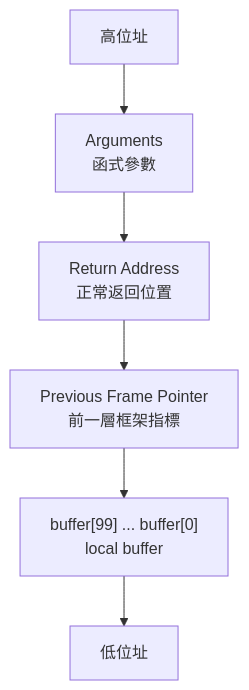
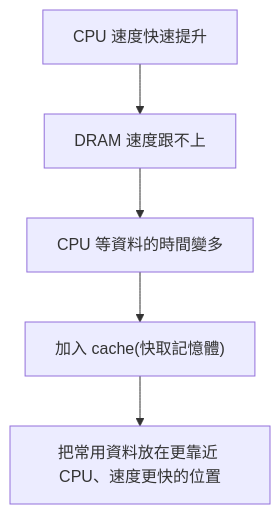
One commit to peicd100/university-notes changed the second of 4 diagrams in docs/md/114-2/科技_計算機結構/ch 5.md. Above: the diagram before and after it, drawn with Mermaid. The commit also changed other lines of this file and 10 other files, not shown here.

````diff
--- a/docs/md/114-2/科技_計算機結構/ch 5.md
+++ b/docs/md/114-2/科技_計算機結構/ch 5.md
@@ -295,8 +207,7 @@
 ```mermaid
-flowchart TB
-    A["高位址"] --> B["Arguments<br>函式參數"]
-    B --> C["Return Address<br>正常返回位置"]
-    C --> D["Previous Frame Pointer<br>前一層框架指標"]
-    D --> E["buffer[99] ... buffer[0]<br>local buffer"]
-    E --> F["低位址"]
+flowchart TD
+    A["CPU 速度快速提升"] --> B["DRAM 速度跟不上"]
+    B --> C["CPU 等資料的時間變多"]
+    C --> D["加入 cache(快取記憶體)"]
+    D --> E["把常用資料放在更靠近 CPU、速度更快的位置"]
 ```
````
